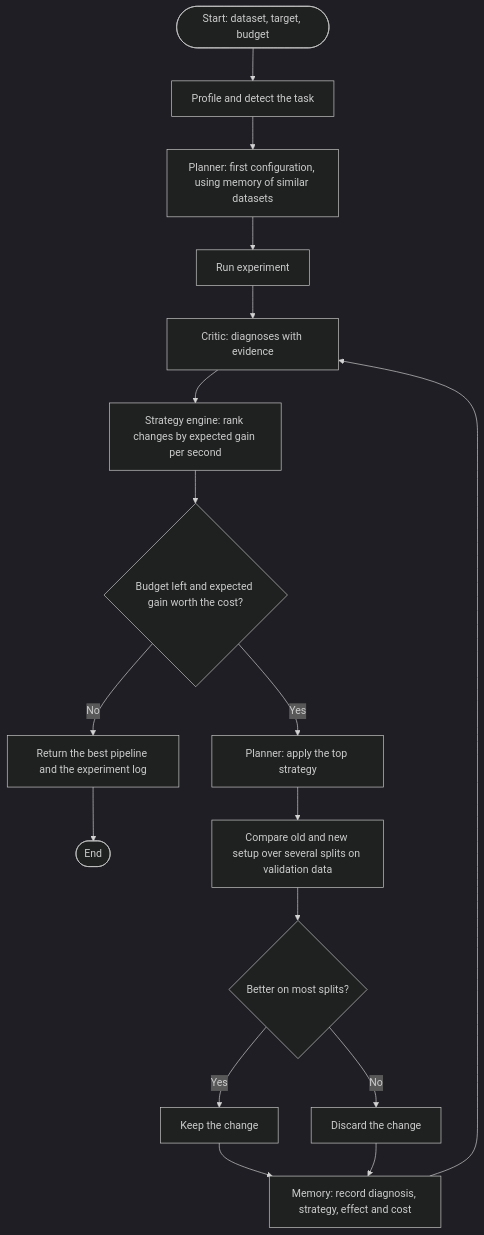
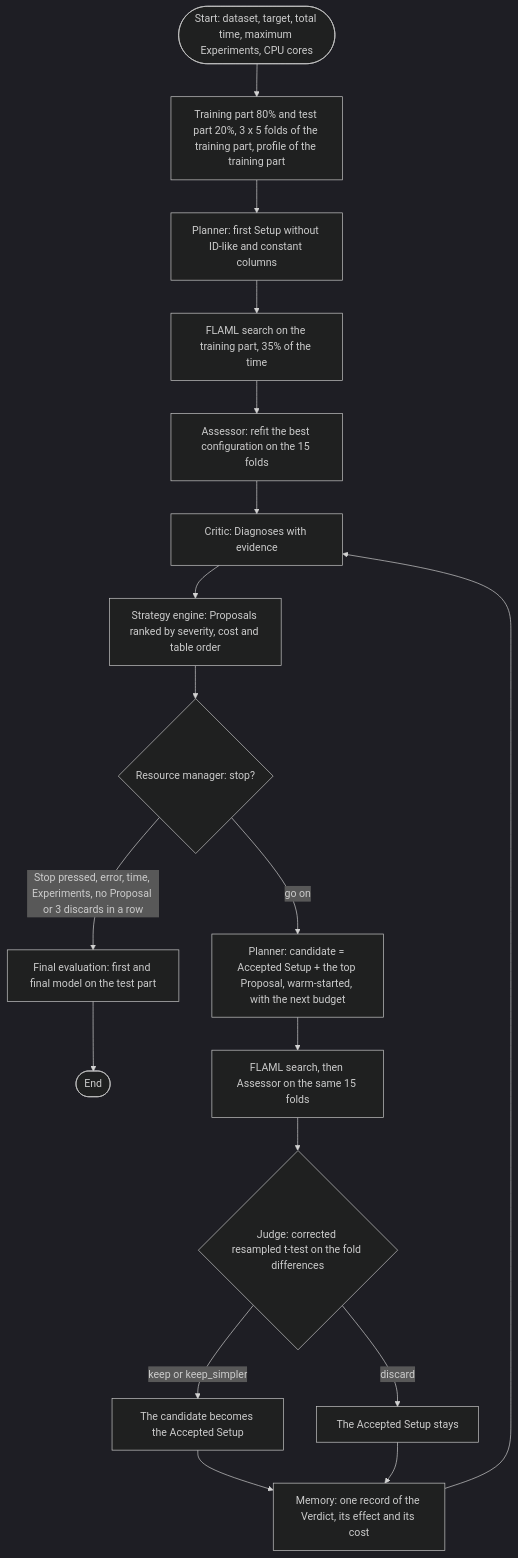
The sixth of 6 diagrams in docs/imp/report-notes.md (Priyanshukv06/autopilot-ml), drawn with Mermaid (dark theme) before and after one commit. The commit also changed other lines of this file and 9 other files, not shown here.

````diff
--- a/docs/imp/report-notes.md
+++ b/docs/imp/report-notes.md
@@ -627,18 +627,19 @@
 ```mermaid
 flowchart TD
-    A(["Start: dataset, target, budget"]) --> B["Profile and detect the task"]
-    B --> C["Planner: first configuration, using memory of similar datasets"]
-    C --> D["Run experiment"]
-    D --> E["Critic: diagnoses with evidence"]
-    E --> F["Strategy engine: rank changes by expected gain per second"]
-    F --> G{"Budget left and expected gain worth the cost?"}
-    G -->|No| H["Return the best pipeline and the experiment log"] --> Z(["End"])
-    G -->|Yes| I["Planner: apply the top strategy"]
-    I --> J["Compare old and new setup over several splits on validation data"]
-    J --> K{"Better on most splits?"}
-    K -->|Yes| L["Keep the change"]
-    K -->|No| M["Discard the change"]
-    L --> N["Memory: record diagnosis, strategy, effect and cost"]
+    A(["Start: dataset, target, total time, maximum Experiments, CPU cores"]) --> B["Training part 80% and test part 20%, 3 x 5 folds of the training part, profile of the training part"]
+    B --> C["Planner: first Setup without ID-like and constant columns"]
+    C --> D["FLAML search on the training part, 35% of the time"]
+    D --> E["Assessor: refit the best configuration on the 15 folds"]
+    E --> F["Critic: Diagnoses with evidence"]
+    F --> G["Strategy engine: Proposals ranked by severity, cost and table order"]
+    G --> H{"Resource manager: stop?"}
+    H -->|Stop pressed, error, time, Experiments, no Proposal or 3 discards in a row| Z["Final evaluation: first and final model on the test part"] --> DONE(["End"])
+    H -->|go on| I["Planner: candidate = Accepted Setup + the top Proposal, warm-started, with the next budget"]
+    I --> J["FLAML search, then Assessor on the same 15 folds"]
+    J --> K{"Judge: corrected resampled t-test on the fold differences"}
+    K -->|keep or keep_simpler| L["The candidate becomes the Accepted Setup"]
+    K -->|discard| M["The Accepted Setup stays"]
+    L --> N["Memory: one record of the Verdict, its effect and its cost"]
     M --> N
-    N --> E
+    N --> F
 ```
````
